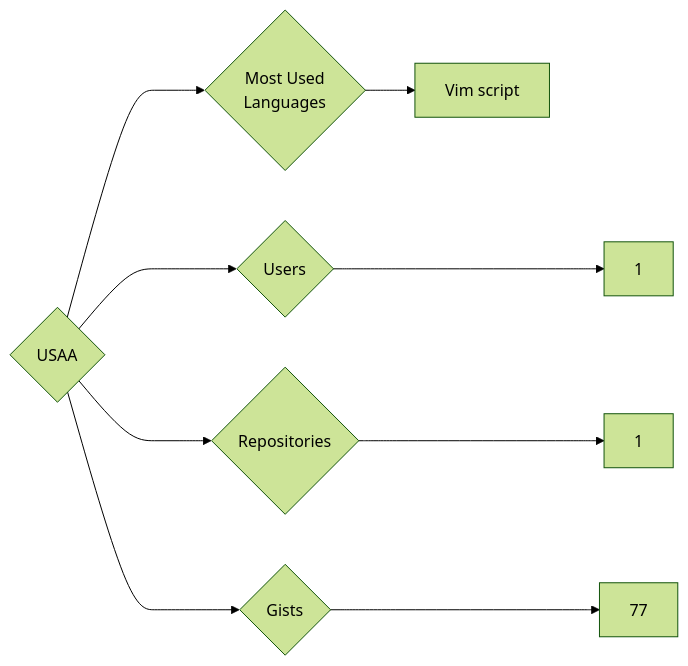
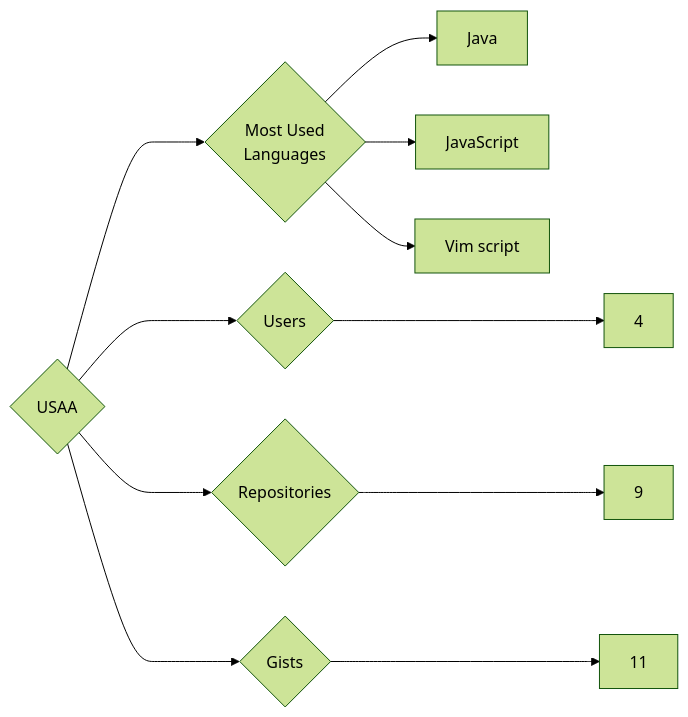
One commit to trickest/insiders changed the diagram in targets/USAA/README.md. Above: the diagram before and after it, drawn with Mermaid (forest theme). The commit also changed 898 other files, not shown here.

````diff
--- a/targets/USAA/README.md
+++ b/targets/USAA/README.md
@@ -3,9 +3,11 @@
 ```mermaid
 graph LR
 COMPANY_NAME{USAA}
-COMPANY_NAME ---> U{Users} ---> UN[1]
-COMPANY_NAME ---> R{Repositories} ---> RN[1]
-COMPANY_NAME ---> G{Gists} ---> GN[77]
+COMPANY_NAME ---> U{Users} ---> UN[4]
+COMPANY_NAME ---> R{Repositories} ---> RN[9]
+COMPANY_NAME ---> G{Gists} ---> GN[11]
 COMPANY_NAME ---> ML{Most Used<br>Languages}
+ML --> Java[Java]
+ML --> JavaScript[JavaScript]
 ML --> Vim_script[Vim script]
 ```
````
